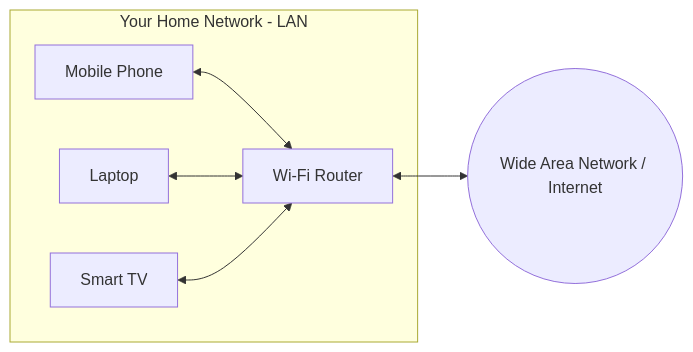
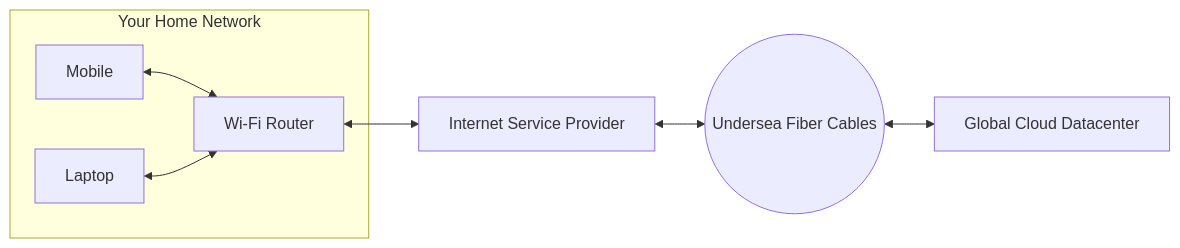
Before and after one commit to Sujalkathait/high-level-design: the second of 21 diagrams in README.md, drawn with Mermaid. The commit also changed other lines of this file, not shown here.

````diff
--- a/README.md
+++ b/README.md
@@ -46,9 +82,10 @@
 ```mermaid
 graph LR
-    subgraph LAN [Your Home Network - LAN]
-        Phone[Mobile Phone] <--> Router[Wi-Fi Router]
-        Laptop[Laptop] <--> Router
-        SmartTV[Smart TV] <--> Router
+    subgraph Local [Your Home Network]
+        Phone[Mobile] <--> Wi-Fi[Wi-Fi Router]
+        Laptop[Laptop] <--> Wi-Fi
     end
-    Router <--> Internet((Wide Area Network / Internet))
+    Wi-Fi <--> ISP[Internet Service Provider]
+    ISP <--> Cables((Undersea Fiber Cables))
+    Cables <--> Cloud[Global Cloud Datacenter]
 ```
````
